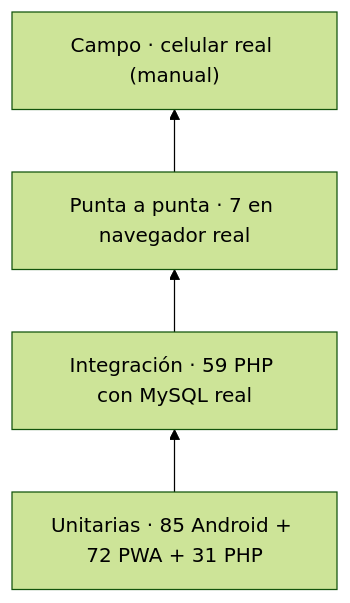
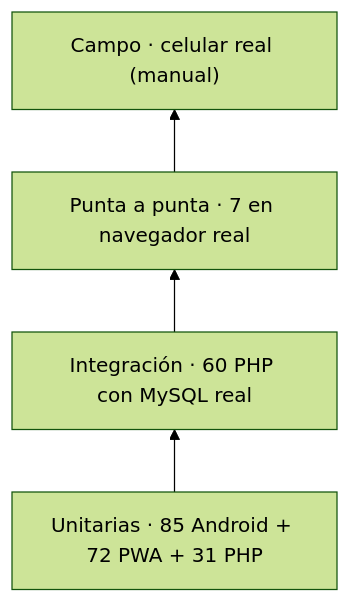
Before and after one commit to Manuel151025/proyecto_offline: the diagram in docs/PRUEBAS.md, drawn with Mermaid (forest theme). The commit also changed other lines of this file and 5 other files, not shown here.

````diff
--- a/docs/PRUEBAS.md
+++ b/docs/PRUEBAS.md
@@ -50,8 +50,8 @@
 ```mermaid
 flowchart BT
     U["Unitarias · 85 Android + 72 PWA + 31 PHP"]
-    I["Integración · 59 PHP con MySQL real"]
+    I["Integración · 60 PHP con MySQL real"]
     E["Punta a punta · 7 en navegador real"]
     C["Campo · celular real (manual)"]
     U --> I --> E --> C
 ```
````
